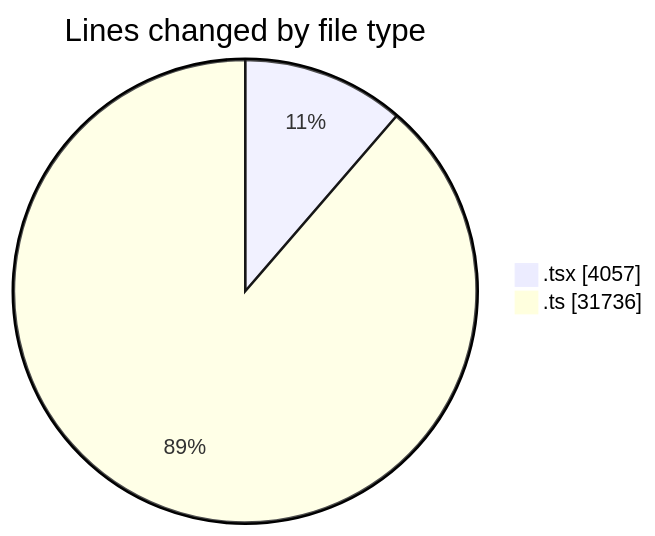
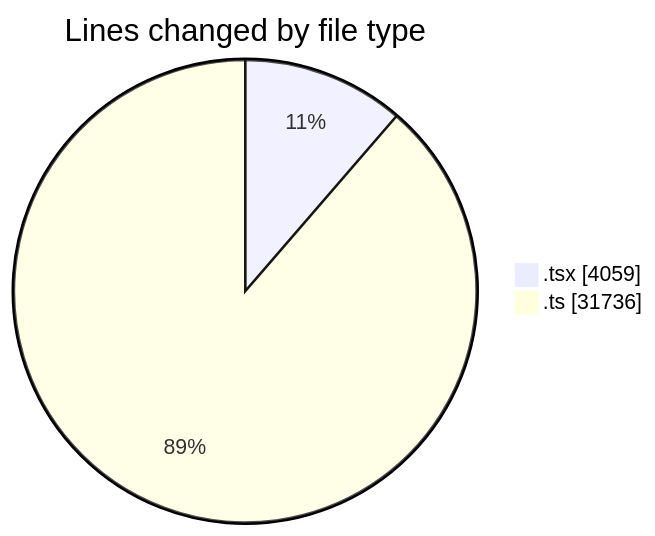
Before and after one commit to momahboobian/code-tracking: the first of 2 diagrams in 2025-07-07/cda/README.md, drawn with Mermaid. The commit also changed other lines of this file and 1 other file, not shown here.

````diff
--- a/2025-07-07/cda/README.md
+++ b/2025-07-07/cda/README.md
@@ -28,6 +28,6 @@
 ```mermaid
 pie showData
 title Lines changed by file type
-".tsx" : 4057
+".tsx" : 4059
 ".ts" : 31736
 ```
````
